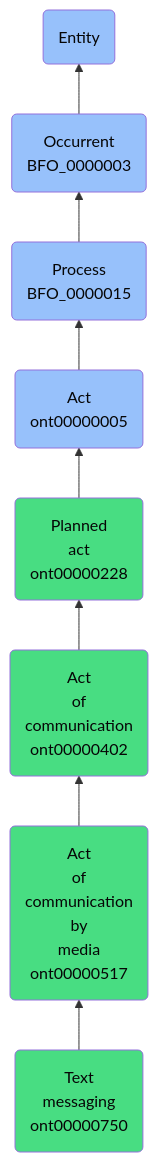
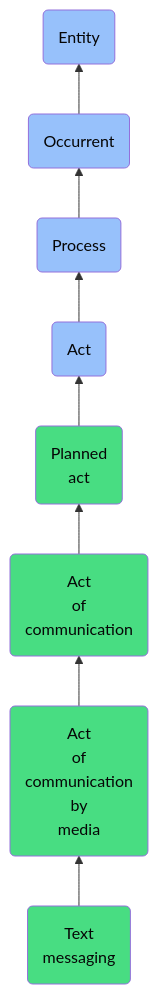
One commit to jupyter-naas/abi changed the diagram in docs/ontology/reference/model/Entity/Occurrent/Process/Act/Planned act/Act of communication/Act of communication by media/Text messaging/Text messaging.md. Above: the diagram before and after it, drawn with Mermaid. The commit also changed other lines of this file and 1430 other files, not shown here.

````diff
--- a/docs/ontology/reference/model/Entity/Occurrent/Process/Act/Planned act/Act of communication/Act of communication by media/Text messaging/Text messaging.md
+++ b/docs/ontology/reference/model/Entity/Occurrent/Process/Act/Planned act/Act of communication/Act of communication by media/Text messaging/Text messaging.md
@@ -25,15 +25,15 @@
 ```mermaid
 graph BT
-    ont00000750(Text<br>messaging<br>ont00000750):::ABI-->ont00000517
-    ont00000517(Act<br>of<br>communication<br>by<br>media<br>ont00000517):::ABI-->ont00000402
-    ont00000402(Act<br>of<br>communication<br>ont00000402):::ABI-->ont00000228
-    ont00000228(Planned<br>act<br>ont00000228):::ABI-->ont00000005
-    ont00000005(Act<br>ont00000005):::BFO-->BFO_0000015
-    BFO_0000015(Process<br>BFO_0000015):::BFO-->BFO_0000003
-    BFO_0000003(Occurrent<br>BFO_0000003):::BFO-->BFO_0000001
+    ont00000750(Text<br>messaging):::ABI-->ont00000517
+    ont00000517(Act<br>of<br>communication<br>by<br>media):::ABI-->ont00000402
+    ont00000402(Act<br>of<br>communication):::ABI-->ont00000228
+    ont00000228(Planned<br>act):::ABI-->ont00000005
+    ont00000005(Act):::BFO-->BFO_0000015
+    BFO_0000015(Process):::BFO-->BFO_0000003
+    BFO_0000003(Occurrent):::BFO-->BFO_0000001
     BFO_0000001(Entity):::BFO
     
     classDef BFO fill:#97c1fb,color:#060606
     classDef CCO fill:#e4c51e,color:#060606
     classDef ABI fill:#48DD82,color:#060606
 ```
````
